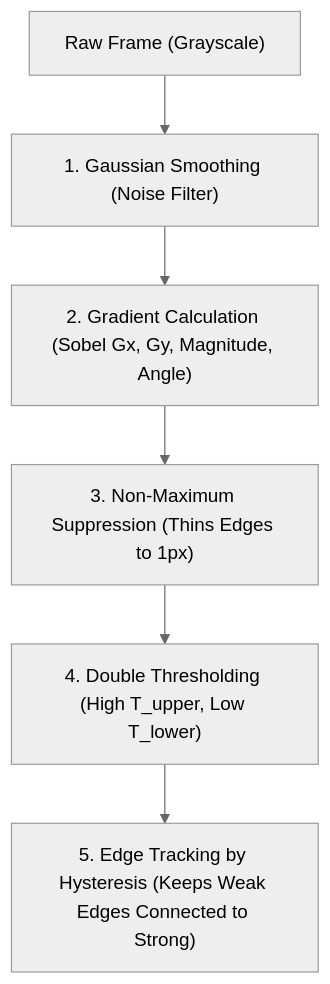
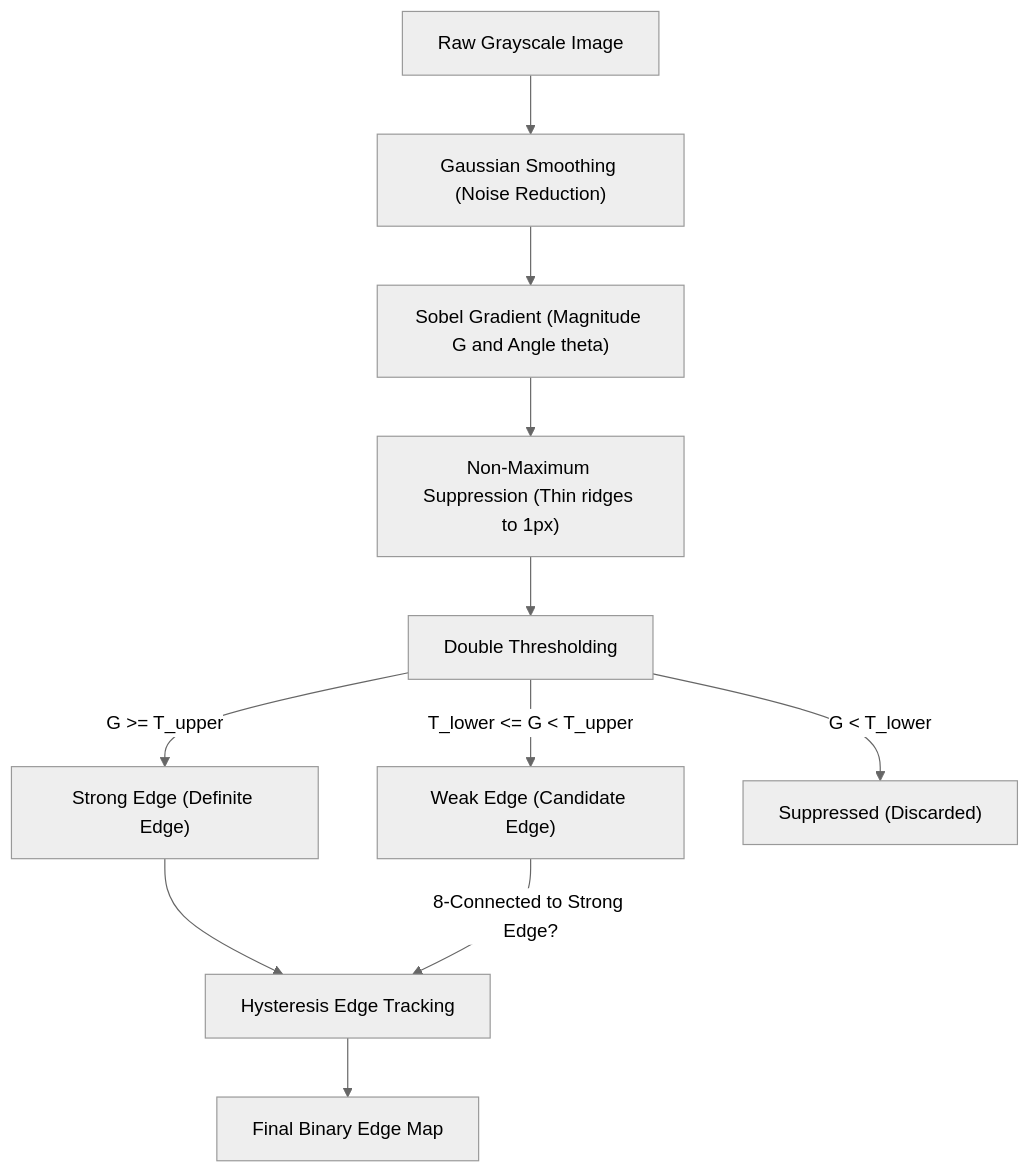
One commit to victoriacheng15/visual-computing-lab changed the diagram in phase-02/05-edge-detection/README.md. Above: the diagram before and after it, drawn with Mermaid (neutral theme). The commit also changed other lines of this file and 18 other files, not shown here.

````diff
--- a/phase-02/05-edge-detection/README.md
+++ b/phase-02/05-edge-detection/README.md
@@ -79,8 +79,13 @@
 ```mermaid
 flowchart TD
-    A["Raw Frame (Grayscale)"] --> B["1. Gaussian Smoothing (Noise Filter)"]
-    B --> C["2. Gradient Calculation (Sobel Gx, Gy, Magnitude, Angle)"]
-    C --> D["3. Non-Maximum Suppression (Thins Edges to 1px)"]
-    D --> E["4. Double Thresholding (High T_upper, Low T_lower)"]
-    E --> F["5. Edge Tracking by Hysteresis (Keeps Weak Edges Connected to Strong)"]
+    A["Raw Grayscale Image"] --> B["Gaussian Smoothing (Noise Reduction)"]
+    B --> C["Sobel Gradient (Magnitude G and Angle theta)"]
+    C --> D["Non-Maximum Suppression (Thin ridges to 1px)"]
+    D --> E["Double Thresholding"]
+    E -->|"G >= T_upper"| Strong["Strong Edge (Definite Edge)"]
+    E -->|"T_lower <= G < T_upper"| Weak["Weak Edge (Candidate Edge)"]
+    E -->|"G < T_lower"| Suppressed["Suppressed (Discarded)"]
+    Strong --> Hysteresis["Hysteresis Edge Tracking"]
+    Weak -->|"8-Connected to Strong Edge?"| Hysteresis
+    Hysteresis --> Final["Final Binary Edge Map"]
 ```
````
